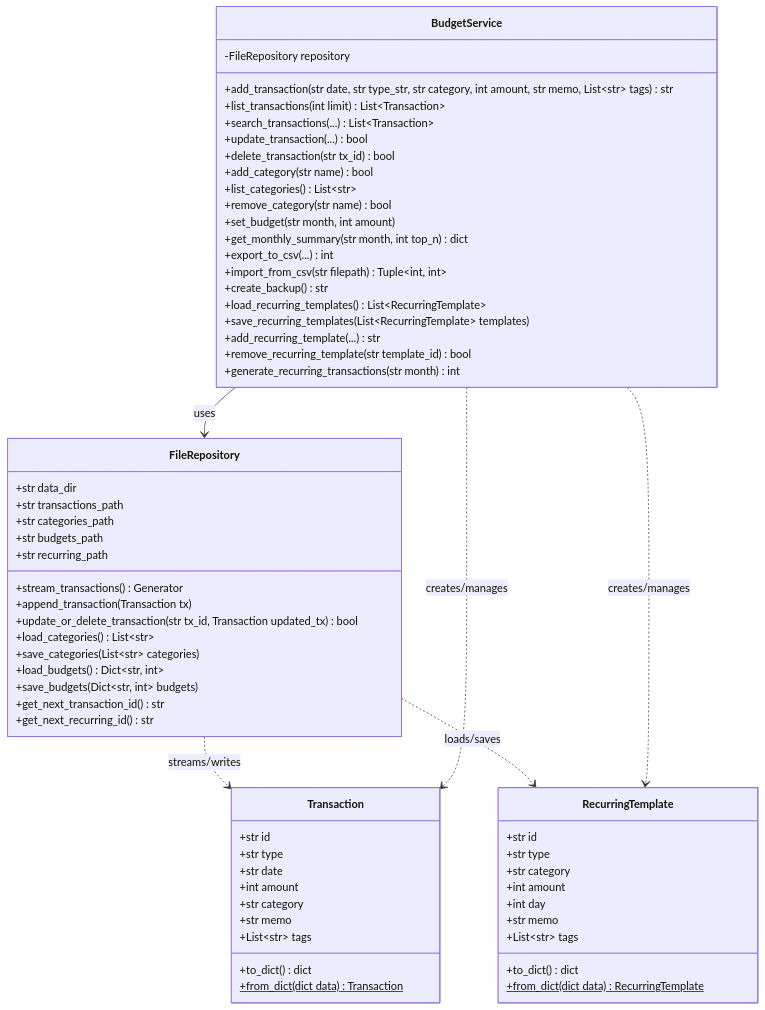
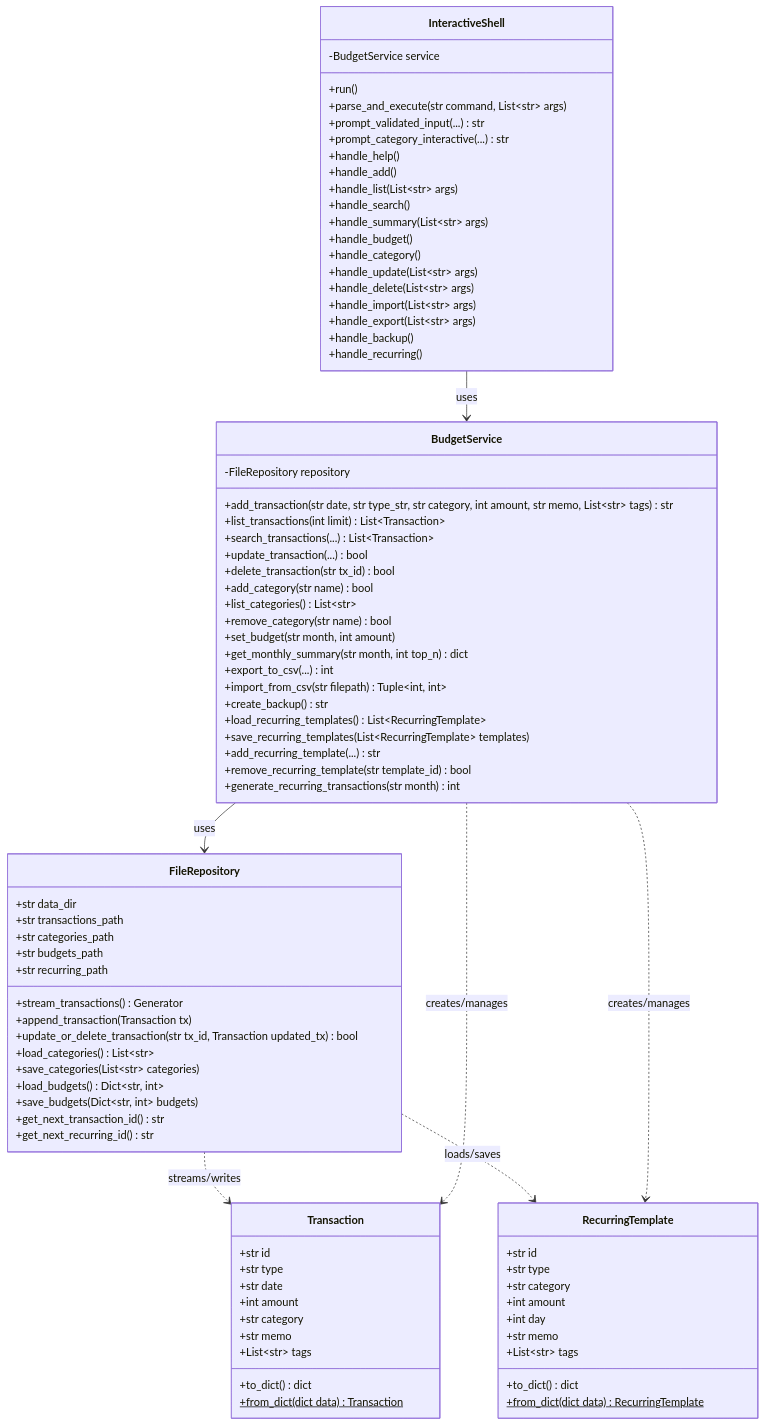
The first of 2 diagrams in b2_1/README.md (ntt65/codyssey), drawn with Mermaid before and after one commit. The commit also changed other lines of this file, not shown here.

Commit message:
Docs:B2-1/README.md:셸 기준 흐름도 및 클래스 다이어그램 업데이트

```diff
--- a/b2_1/README.md
+++ b/b2_1/README.md
@@ -292,7 +232,28 @@
         +remove_recurring_template(str template_id) bool
         +generate_recurring_transactions(str month) int
     }
+    class InteractiveShell {
+        -BudgetService service
+        +run()
+        +parse_and_execute(str command, List~str~ args)
+        +prompt_validated_input(...) str
+        +prompt_category_interactive(...) str
+        +handle_help()
+        +handle_add()
+        +handle_list(List~str~ args)
+        +handle_search()
+        +handle_summary(List~str~ args)
+        +handle_budget()
+        +handle_category()
+        +handle_update(List~str~ args)
+        +handle_delete(List~str~ args)
+        +handle_import(List~str~ args)
+        +handle_export(List~str~ args)
+        +handle_backup()
+        +handle_recurring()
+    }
 
+    InteractiveShell --> BudgetService : uses
     BudgetService --> FileRepository : uses
     FileRepository ..> Transaction : streams/writes
     FileRepository ..> RecurringTemplate : loads/saves
```
